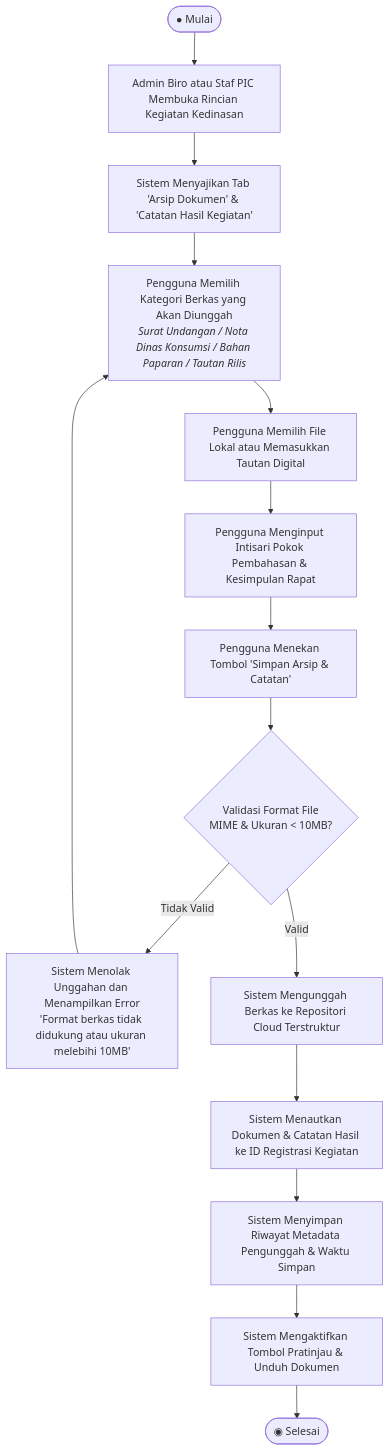
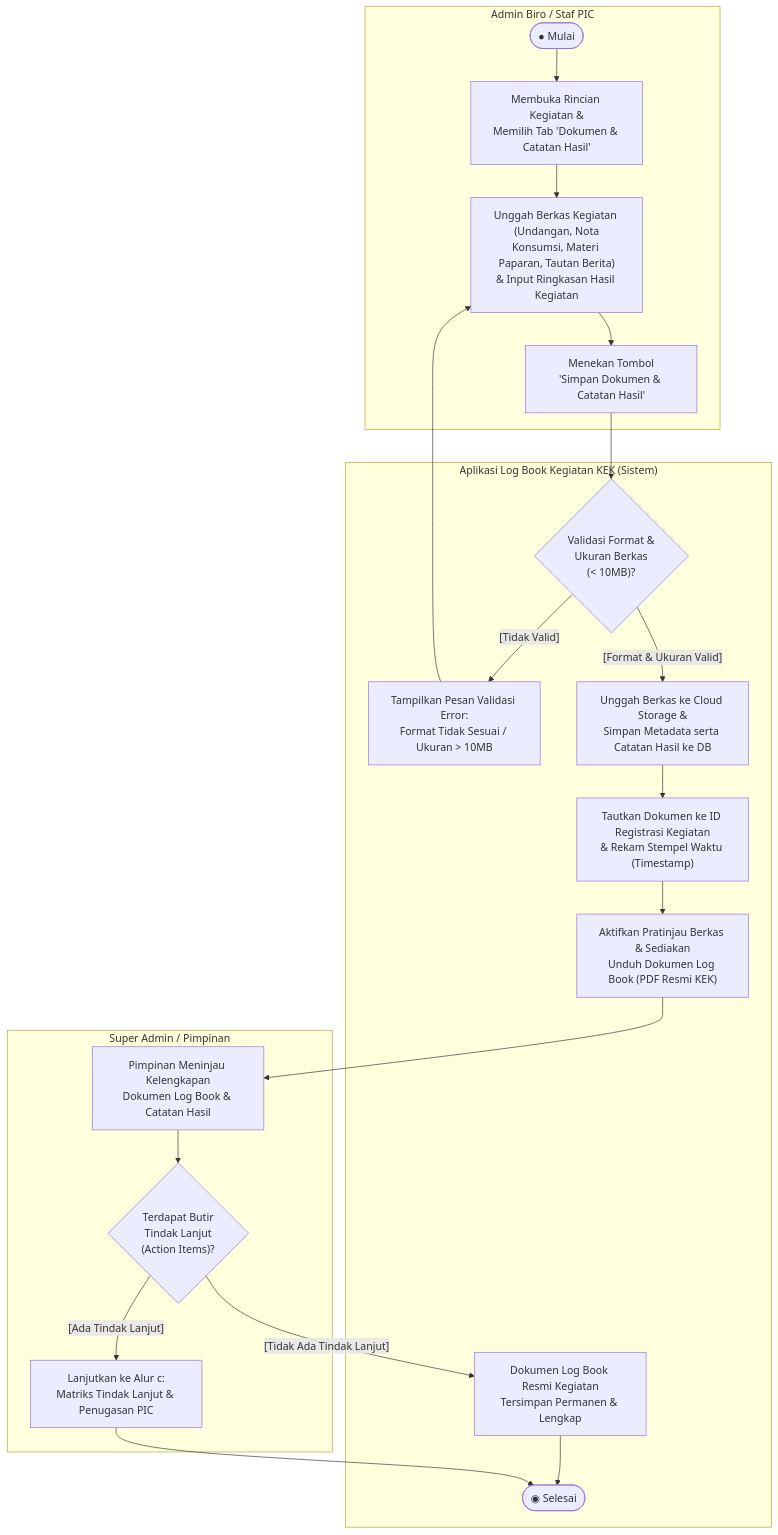
The second of 3 diagrams in docs/4_ACTIVITY_DIAGRAM.md (Napppz/Website-Log-Rapat-Kek), drawn with Mermaid before and after one commit. The commit also changed other lines of this file and 40 other files, not shown here.

Commit message:
docs(uml): perbarui Use Case 12 model dan Activity Diagram dokumen kegiatan KEK

````diff
--- a/docs/4_ACTIVITY_DIAGRAM.md
+++ b/docs/4_ACTIVITY_DIAGRAM.md
@@ -57,19 +57,46 @@
 ```mermaid
 flowchart TD
-    StartNode2([● Mulai]) --> StepB1[Admin Biro atau Staf PIC Membuka Rincian Kegiatan Kedinasan]
-    StepB1 --> StepB2[Sistem Menyajikan Tab 'Arsip Dokumen' & 'Catatan Hasil Kegiatan']
-    StepB2 --> StepB3[Pengguna Memilih Kategori Berkas yang Akan Diunggah<br/><i>Surat Undangan / Nota Dinas Konsumsi / Bahan Paparan / Tautan Rilis</i>]
-    StepB3 --> StepB4[Pengguna Memilih File Lokal atau Memasukkan Tautan Digital]
-    StepB4 --> StepB5[Pengguna Menginput Intisari Pokok Pembahasan & Kesimpulan Rapat]
-    StepB5 --> StepB6[Pengguna Menekan Tombol 'Simpan Arsip & Catatan']
-    StepB6 --> Dec2{Validasi Format File<br/>MIME & Ukuran < 10MB?}
+    subgraph LANE1["Admin Biro / Staf PIC"]
+        StartNode2([● Mulai])
+        StepB1["Membuka Rincian Kegiatan &<br/>Memilih Tab 'Dokumen & Catatan Hasil'"]
+        StepB2["Unggah Berkas Kegiatan (Undangan, Nota<br/>Konsumsi, Materi Paparan, Tautan Berita)<br/>& Input Ringkasan Hasil Kegiatan"]
+        StepB3["Menekan Tombol<br/>'Simpan Dokumen & Catatan Hasil'"]
+    end
 
-    Dec2 -- Tidak Valid --> Err2[Sistem Menolak Unggahan dan Menampilkan Error<br/>'Format berkas tidak didukung atau ukuran melebihi 10MB']
-    Err2 --> StepB3
+    subgraph LANE2["Aplikasi Log Book Kegiatan KEK (Sistem)"]
+        DecB1{"Validasi Format &<br/>Ukuran Berkas<br/>(&lt; 10MB)?"}
+        ErrB["Tampilkan Pesan Validasi Error:<br/>Format Tidak Sesuai / Ukuran &gt; 10MB"]
+        SysB1["Unggah Berkas ke Cloud Storage &<br/>Simpan Metadata serta Catatan Hasil ke DB"]
+        SysB2["Tautkan Dokumen ke ID Registrasi Kegiatan<br/>& Rekam Stempel Waktu (Timestamp)"]
+        SysB3["Aktifkan Pratinjau Berkas & Sediakan<br/>Unduh Dokumen Log Book (PDF Resmi KEK)"]
+        SysFinal["Dokumen Log Book Resmi Kegiatan<br/>Tersimpan Permanen & Lengkap"]
+        FinalNode2([◉ Selesai])
+    end
 
-    Dec2 -- Valid --> SysB1[Sistem Mengunggah Berkas ke Repositori Cloud Terstruktur]
-    SysB1 --> SysB2[Sistem Menautkan Dokumen & Catatan Hasil ke ID Registrasi Kegiatan]
-    SysB2 --> SysB3[Sistem Menyimpan Riwayat Metadata Pengunggah & Waktu Simpan]
-    SysB3 --> EndB1[Sistem Mengaktifkan Tombol Pratinjau & Unduh Dokumen]
-    EndB1 --> FinalNode2([◉ Selesai])
+    subgraph LANE3["Super Admin / Pimpinan"]
+        PimRev["Pimpinan Meninjau Kelengkapan<br/>Dokumen Log Book & Catatan Hasil"]
+        DecB2{"Terdapat Butir<br/>Tindak Lanjut<br/>(Action Items)?"}
+        ActTL["Lanjutkan ke Alur c:<br/>Matriks Tindak Lanjut & Penugasan PIC"]
+    end
+
+    %% Alur Antar-Node
+    StartNode2 --> StepB1
+    StepB1 --> StepB2
+    StepB2 --> StepB3
+    StepB3 --> DecB1
+
+    DecB1 -- "[Tidak Valid]" --> ErrB
+    ErrB --> StepB2
+
+    DecB1 -- "[Format & Ukuran Valid]" --> SysB1
+    SysB1 --> SysB2
+    SysB2 --> SysB3
+    SysB3 --> PimRev
+
+    PimRev --> DecB2
+    DecB2 -- "[Ada Tindak Lanjut]" --> ActTL
+    DecB2 -- "[Tidak Ada Tindak Lanjut]" --> SysFinal
+
+    SysFinal --> FinalNode2
+    ActTL --> FinalNode2
 ```
````
